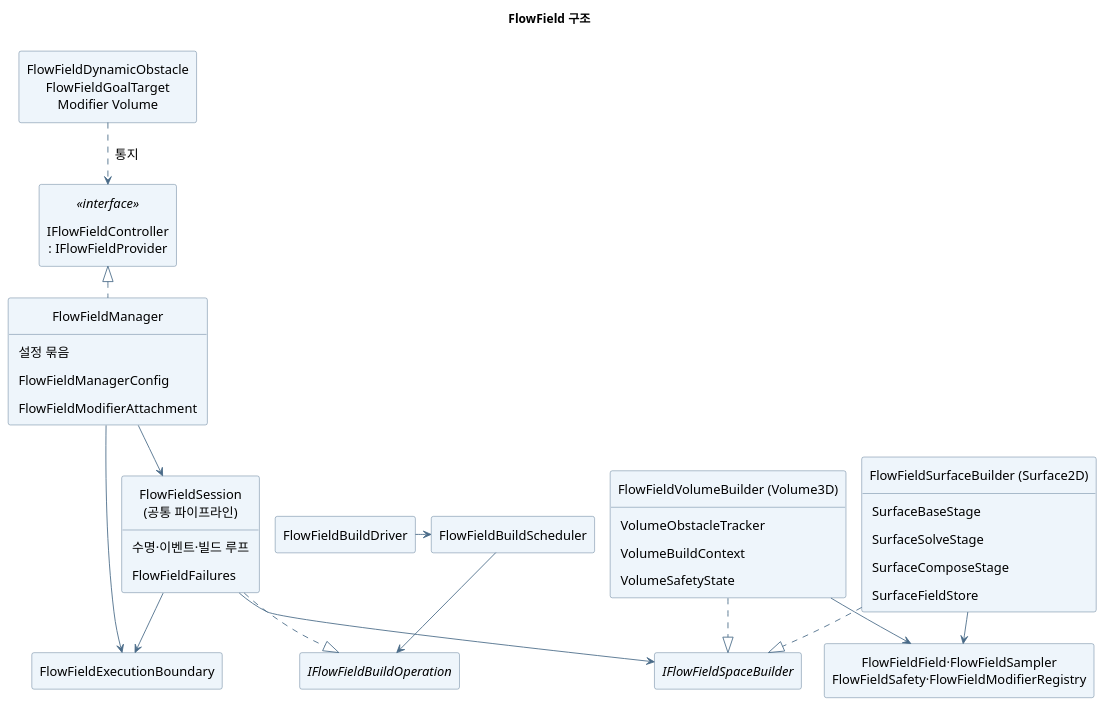
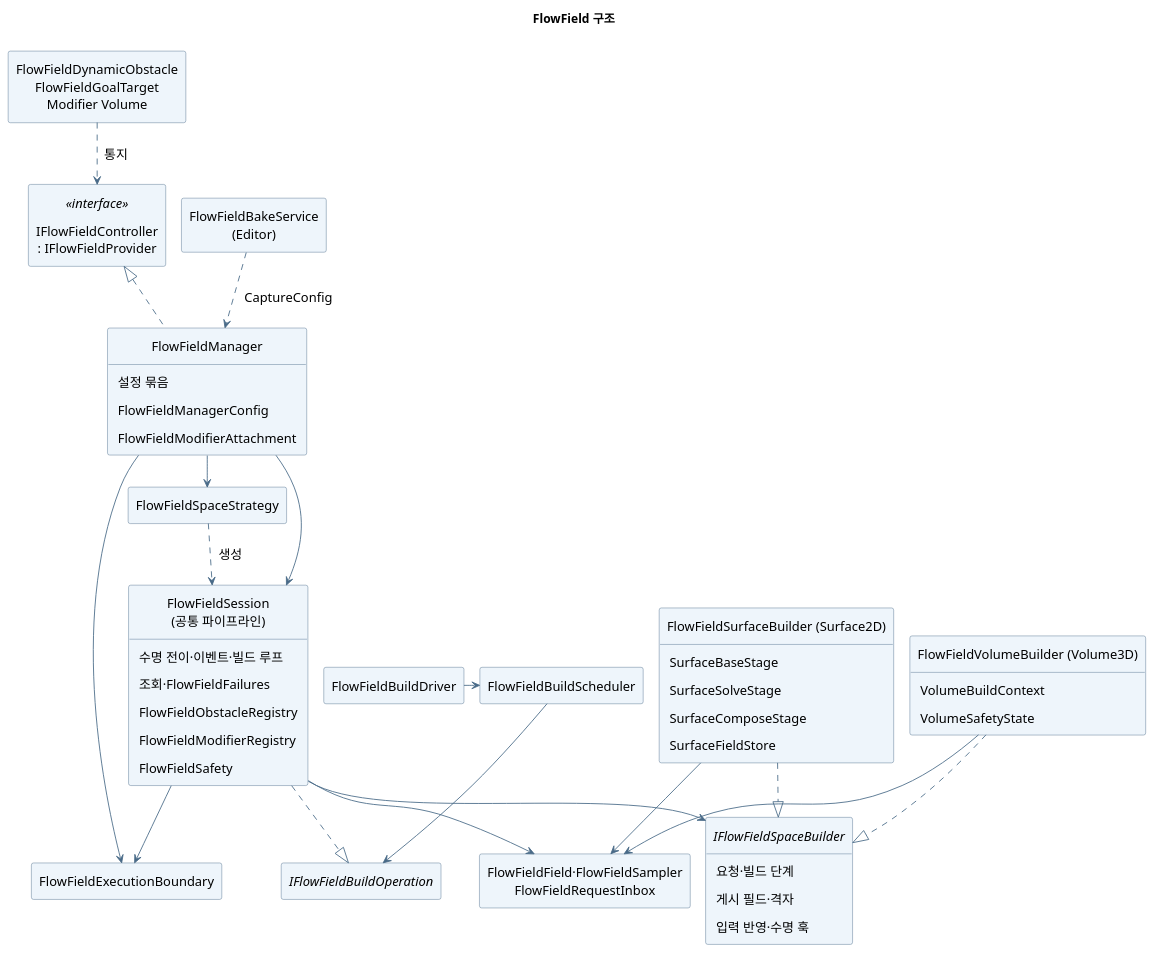
One commit to youwonsock/tool-unity-editor changed the diagram in ToyProject/Assets/_FlowField/Docs/flowfield-structure.puml. Above: the diagram before and after it, drawn with PlantUML. The commit also changed 10 other files, not shown here.

```diff
--- a/ToyProject/Assets/_FlowField/Docs/flowfield-structure.puml
+++ b/ToyProject/Assets/_FlowField/Docs/flowfield-structure.puml
@@ -1,56 +1,68 @@
 @startuml flowfield-structure
 !pragma layout smetana
 skinparam shadowing false
 skinparam defaultFontName "Apple SD Gothic Neo"
 skinparam defaultFontSize 15
 skinparam ArrowColor #496A88
 skinparam Padding 6
 skinparam classBackgroundColor #EEF5FB
 skinparam classBorderColor #496A88
 hide empty members
 hide circle
 title FlowField 구조
 
 class "IFlowFieldController\n: IFlowFieldProvider" as API <<interface>>
 class FlowFieldManager {
   설정 묶음
   FlowFieldManagerConfig
   FlowFieldModifierAttachment
 }
 class FlowFieldExecutionBoundary
 class FlowFieldBuildDriver
 class FlowFieldBuildScheduler
 interface IFlowFieldBuildOperation
+class FlowFieldSpaceStrategy
 class "FlowFieldSession\n(공통 파이프라인)" as Session {
-  수명·이벤트·빌드 루프
-  FlowFieldFailures
+  수명 전이·이벤트·빌드 루프
+  조회·FlowFieldFailures
+  FlowFieldObstacleRegistry
+  FlowFieldModifierRegistry
+  FlowFieldSafety
 }
-interface IFlowFieldSpaceBuilder
+interface IFlowFieldSpaceBuilder {
+  요청·빌드 단계
+  게시 필드·격자
+  입력 반영·수명 훅
+}
 class "FlowFieldSurfaceBuilder (Surface2D)" as Surface {
   SurfaceBaseStage
   SurfaceSolveStage
   SurfaceComposeStage
   SurfaceFieldStore
 }
 class "FlowFieldVolumeBuilder (Volume3D)" as Volume {
-  VolumeObstacleTracker
   VolumeBuildContext
   VolumeSafetyState
 }
-class "FlowFieldField·FlowFieldSampler\nFlowFieldSafety·FlowFieldModifierRegistry" as Shared
+class "FlowFieldField·FlowFieldSampler\nFlowFieldRequestInbox" as Shared
+class "FlowFieldBakeService\n(Editor)" as BakeService
 class "FlowFieldDynamicObstacle\nFlowFieldGoalTarget\nModifier Volume" as Components
 
 FlowFieldManager .up.|> API
 FlowFieldManager --> Session
+FlowFieldManager --> FlowFieldSpaceStrategy
+FlowFieldSpaceStrategy ..> Session : 생성
+BakeService ..> FlowFieldManager : CaptureConfig
 FlowFieldManager --> FlowFieldExecutionBoundary
 Components ..> API : 통지
 Session --> IFlowFieldSpaceBuilder
 Surface ..|> IFlowFieldSpaceBuilder
 Volume ..|> IFlowFieldSpaceBuilder
 Surface --> Shared
 Volume --> Shared
 Session --> FlowFieldExecutionBoundary
+Session --> Shared
 Session ..|> IFlowFieldBuildOperation
 FlowFieldBuildScheduler --> IFlowFieldBuildOperation
 FlowFieldBuildDriver -right-> FlowFieldBuildScheduler
 @enduml
```
